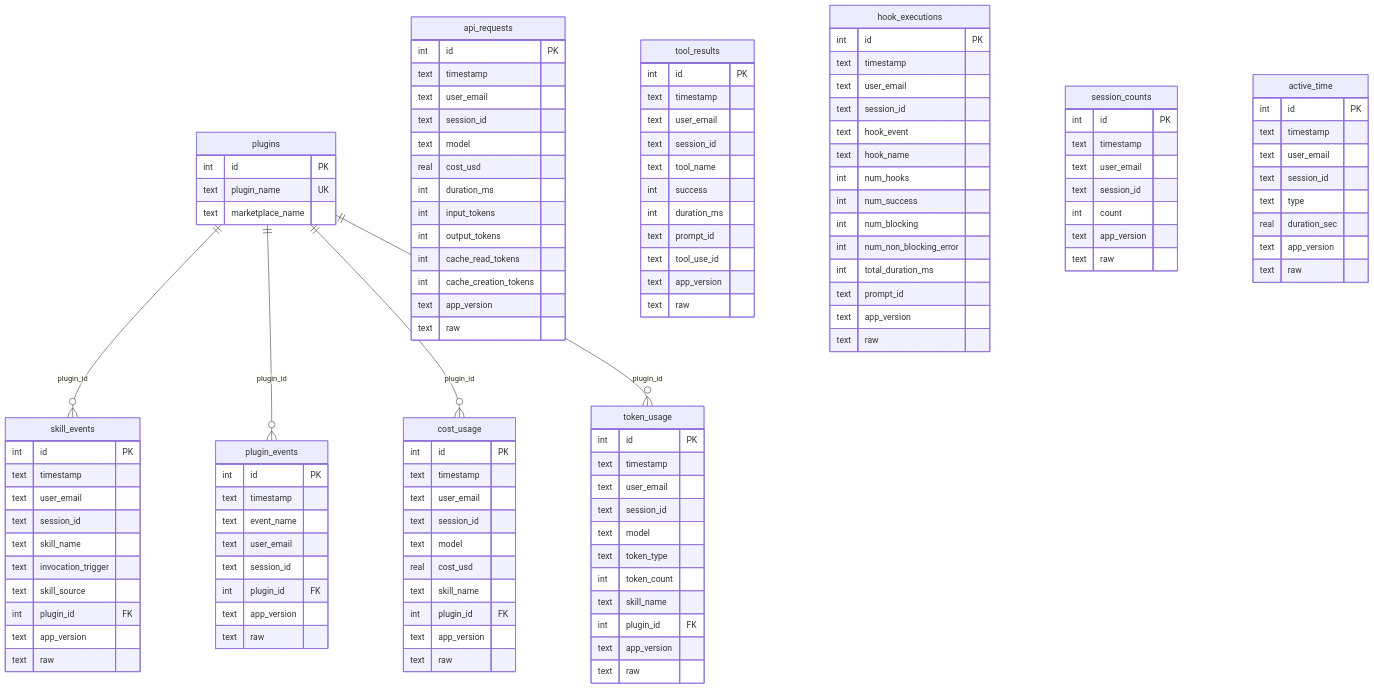
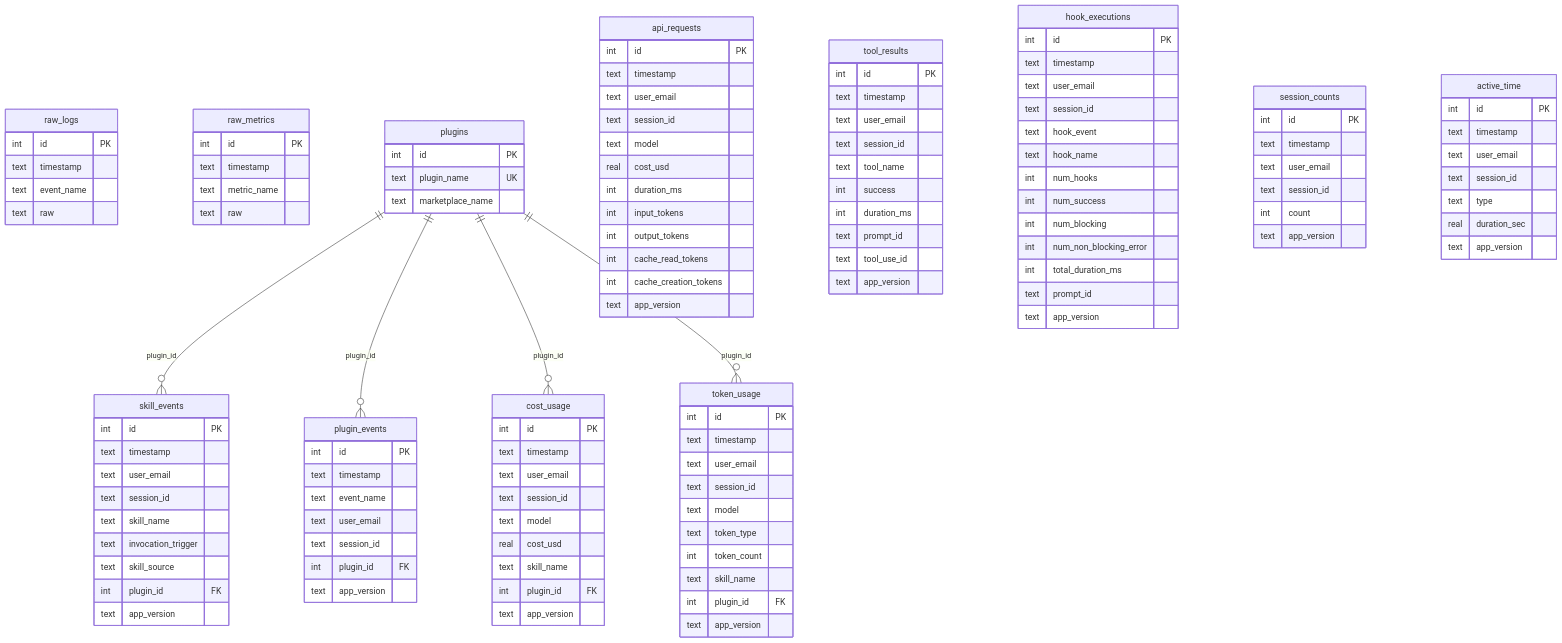
Before and after one commit to Suntory-N-Water/cc-monitor-worker: the second of 2 diagrams in README.md, drawn with Mermaid. The commit also changed other lines of this file and 10 other files, not shown here.

First line of the commit message:
feat: 全テレメトリを raw_logs/raw_metrics に保持し既存テーブルの raw カラムを廃止

````diff
--- a/README.md
+++ b/README.md
@@ -75,5 +79,19 @@
 ```mermaid
 erDiagram
+    raw_logs {
+        int id PK
+        text timestamp
+        text event_name
+        text raw
+    }
+
+    raw_metrics {
+        int id PK
+        text timestamp
+        text metric_name
+        text raw
+    }
+
     plugins {
         int id PK
         text plugin_name UK
@@ -90,7 +108,6 @@
         text skill_source
         int plugin_id FK
         text app_version
-        text raw
     }
 
     plugin_events {
@@ -101,7 +118,6 @@
         text session_id
         int plugin_id FK
         text app_version
-        text raw
     }
 
     api_requests {
@@ -117,7 +133,6 @@
         int cache_read_tokens
         int cache_creation_tokens
         text app_version
-        text raw
     }
 
     tool_results {
@@ -131,7 +146,6 @@
         text prompt_id
         text tool_use_id
         text app_version
-        text raw
     }
 
     hook_executions {
@@ -148,7 +162,6 @@
         int total_duration_ms
         text prompt_id
         text app_version
-        text raw
     }
 
     cost_usage {
@@ -161,7 +174,6 @@
         text skill_name
         int plugin_id FK
         text app_version
-        text raw
     }
 
     token_usage {
@@ -175,7 +187,6 @@
         text skill_name
         int plugin_id FK
         text app_version
-        text raw
     }
 
     session_counts {
@@ -185,7 +196,6 @@
         text session_id
         int count
         text app_version
-        text raw
     }
 
     active_time {
@@ -196,7 +206,6 @@
         text type
         real duration_sec
         text app_version
-        text raw
     }
 
     plugins ||--o{ skill_events : "plugin_id"
````
